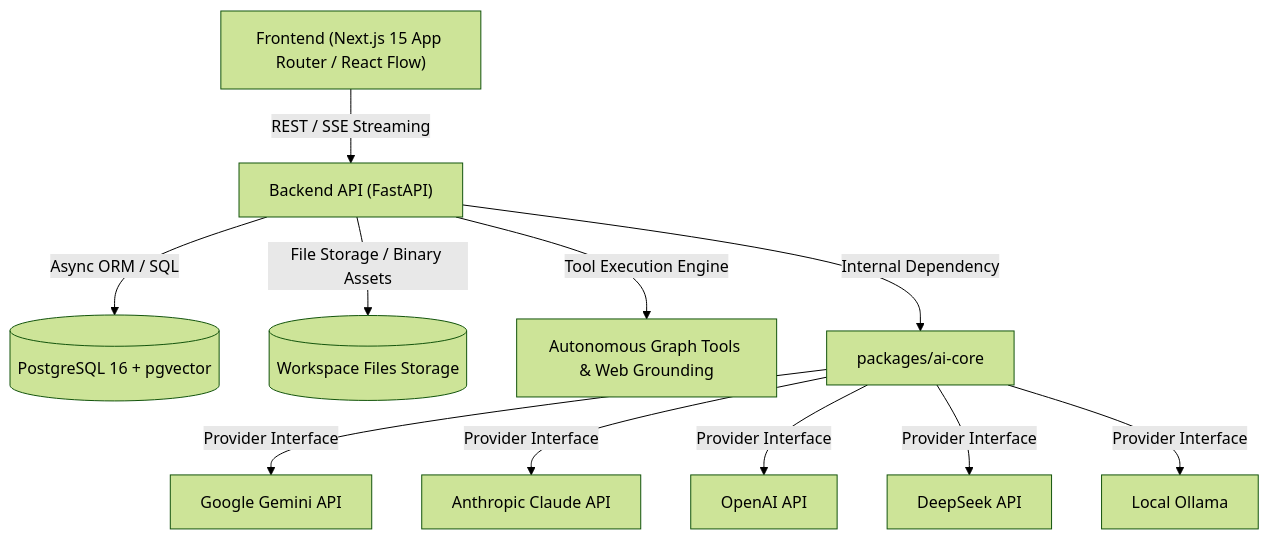
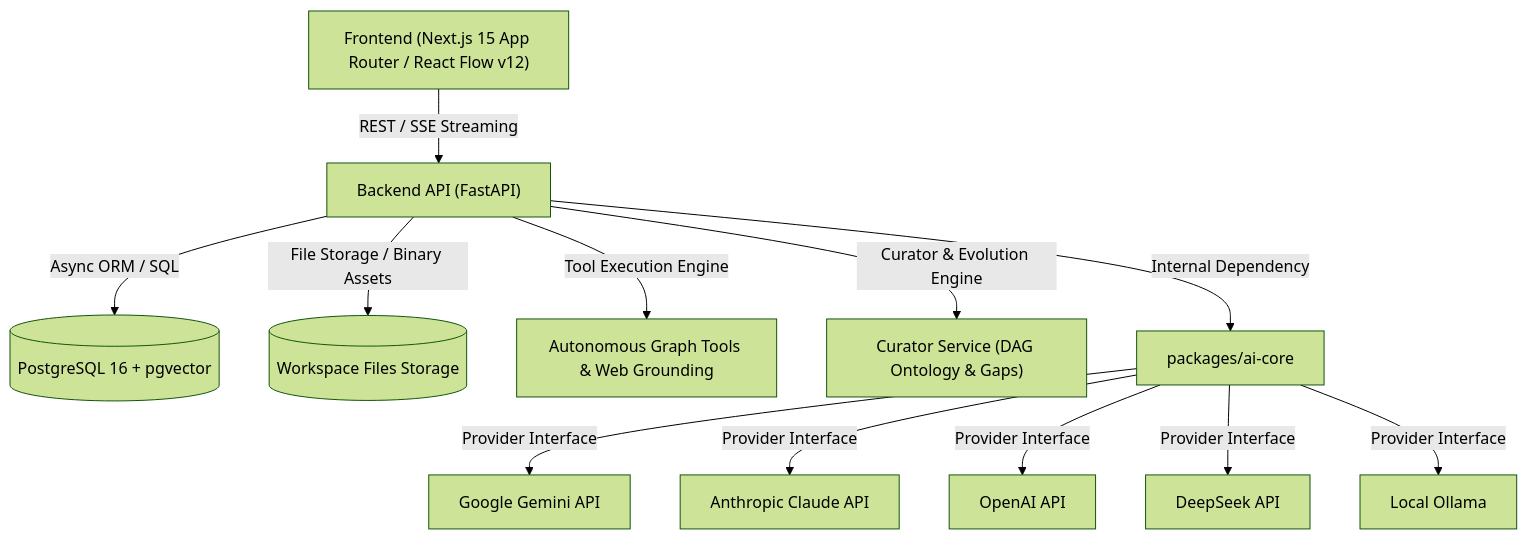
The first of 5 diagrams in docs/ARCHITECTURE.md (beingbalveer/GraphMind), drawn with Mermaid (forest theme) before and after one commit. The commit also changed other lines of this file and 5 other files, not shown here.

Commit message:
feat(docs): add contributor guide, updated architecture, video script, and rich multi-agent demo workspace (Task 6.5.2)

````diff
--- a/docs/ARCHITECTURE.md
+++ b/docs/ARCHITECTURE.md
@@ -9,13 +9,14 @@
 ```mermaid
 graph TD
-    Client["Frontend (Next.js 15 App Router / React Flow)"] -->|REST / SSE Streaming| API["Backend API (FastAPI)"]
+    Client["Frontend (Next.js 15 App Router / React Flow v12)"] -->|REST / SSE Streaming| API["Backend API (FastAPI)"]
     API -->|Async ORM / SQL| DB[("PostgreSQL 16 + pgvector")]
     API -->|File Storage / Binary Assets| FS[("Workspace Files Storage")]
     API -->|Tool Execution Engine| Tools["Autonomous Graph Tools & Web Grounding"]
+    API -->|Curator & Evolution Engine| Curator["Curator Service (DAG Ontology & Gaps)"]
     API -->|Internal Dependency| AICore["packages/ai-core"]
     AICore -->|Provider Interface| Gemini["Google Gemini API"]
     AICore -->|Provider Interface| Anthropic["Anthropic Claude API"]
     AICore -->|Provider Interface| OpenAI["OpenAI API"]
     AICore -->|Provider Interface| DeepSeek["DeepSeek API"]
     AICore -->|Provider Interface| Ollama["Local Ollama"]
 ```
````
